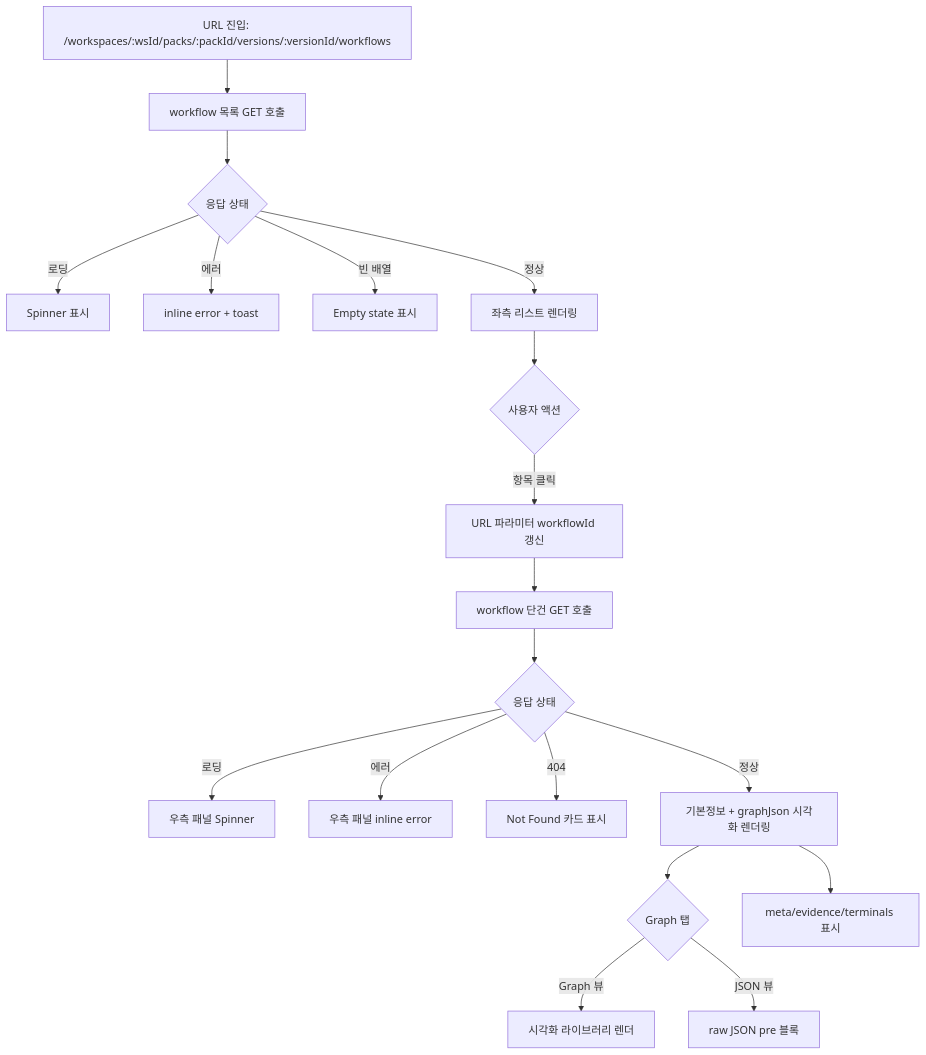
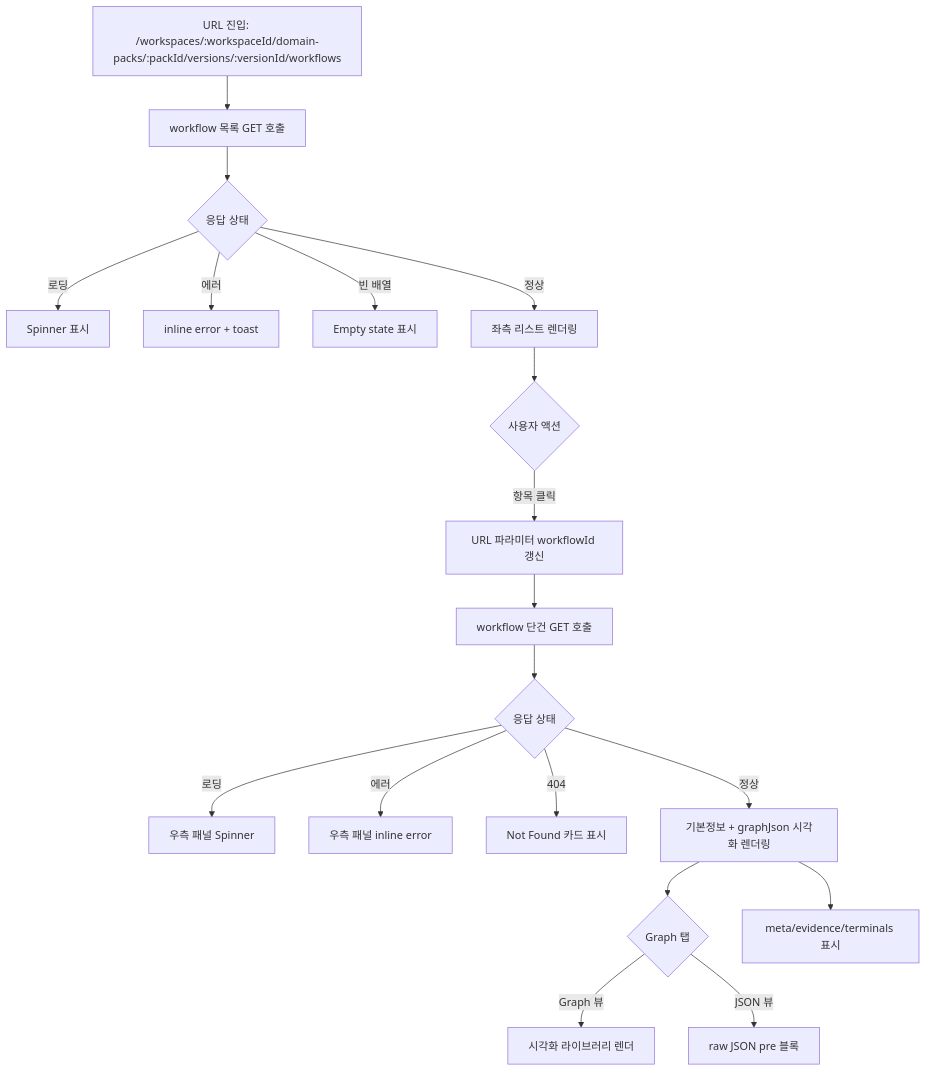
One commit to ajou-2026-1-capstone-5/ostone changed the diagram in .agent/specs/227.md. Above: the diagram before and after it, drawn with Mermaid. The commit also changed other lines of this file, not shown here.

````diff
--- a/.agent/specs/227.md
+++ b/.agent/specs/227.md
@@ -20,21 +20,21 @@
 ```mermaid
 flowchart TD
-    A[URL 진입: /workspaces/:wsId/packs/:packId/versions/:versionId/workflows] --> B[workflow 목록 GET 호출]
+    A[URL 진입: /workspaces/:workspaceId/domain-packs/:packId/versions/:versionId/workflows] --> B[workflow 목록 GET 호출]
     B --> C{응답 상태}
     C -->|로딩| D[Spinner 표시]
     C -->|에러| E[inline error + toast]
     C -->|빈 배열| F[Empty state 표시]
     C -->|정상| G[좌측 리스트 렌더링]
     G --> H{사용자 액션}
     H -->|항목 클릭| I[URL 파라미터 workflowId 갱신]
     I --> J[workflow 단건 GET 호출]
     J --> K{응답 상태}
     K -->|로딩| L[우측 패널 Spinner]
     K -->|에러| M[우측 패널 inline error]
     K -->|404| N[Not Found 카드 표시]
     K -->|정상| O[기본정보 + graphJson 시각화 렌더링]
     O --> P{Graph 탭}
     P -->|Graph 뷰| Q[시각화 라이브러리 렌더]
     P -->|JSON 뷰| R[raw JSON pre 블록]
     O --> S[meta/evidence/terminals 표시]
 ```
````
